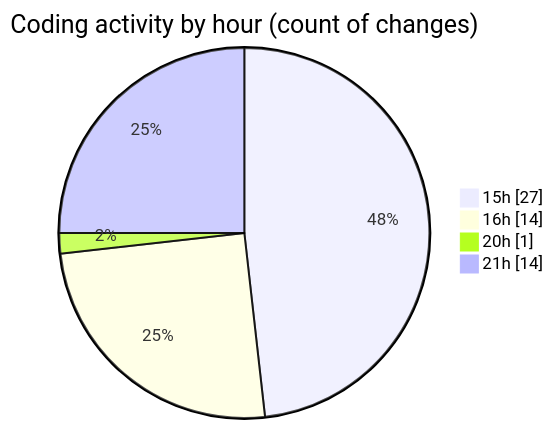
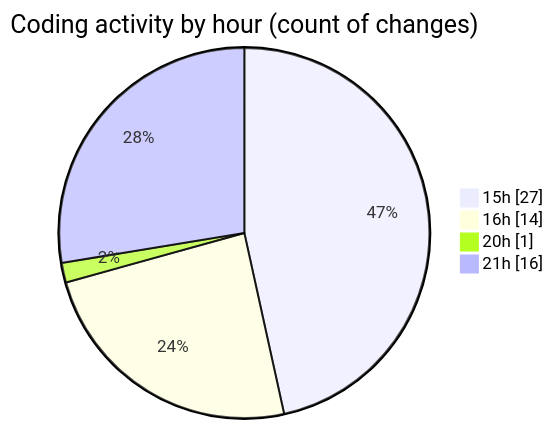
Before and after one commit to idhammustaqopulfikri/code-tracking: the second of 2 diagrams in 2025-06-06/sewa-mobil/README.md, drawn with Mermaid. The commit also changed other lines of this file and 1 other file, not shown here.

````diff
--- a/2025-06-06/sewa-mobil/README.md
+++ b/2025-06-06/sewa-mobil/README.md
@@ -45,8 +46,8 @@
 ```mermaid
 pie showData
 title Coding activity by hour (count of changes)
 "15h" : 27
 "16h" : 14
 "20h" : 1
-"21h" : 14
+"21h" : 16
 ```
````
